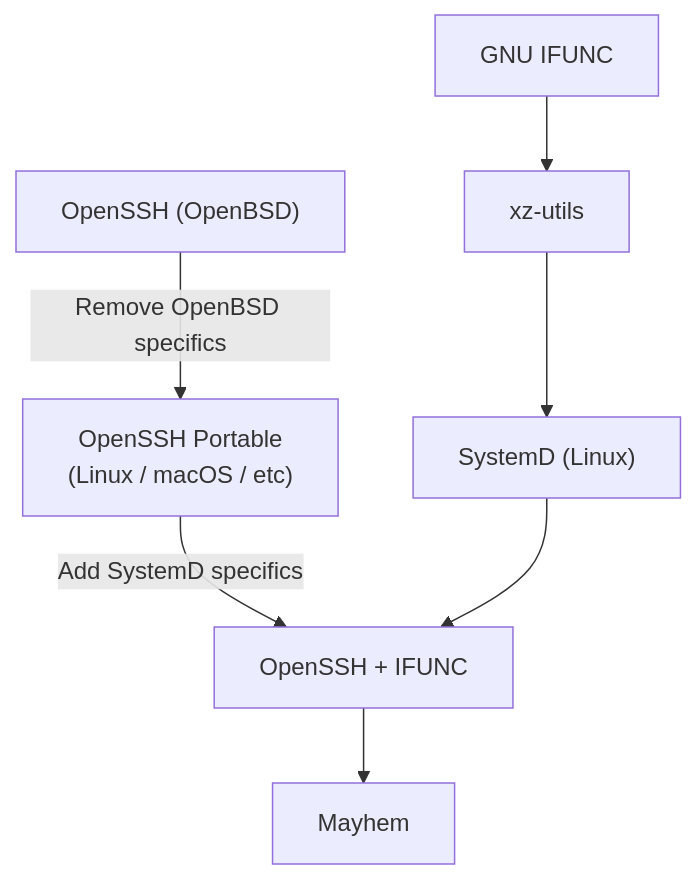
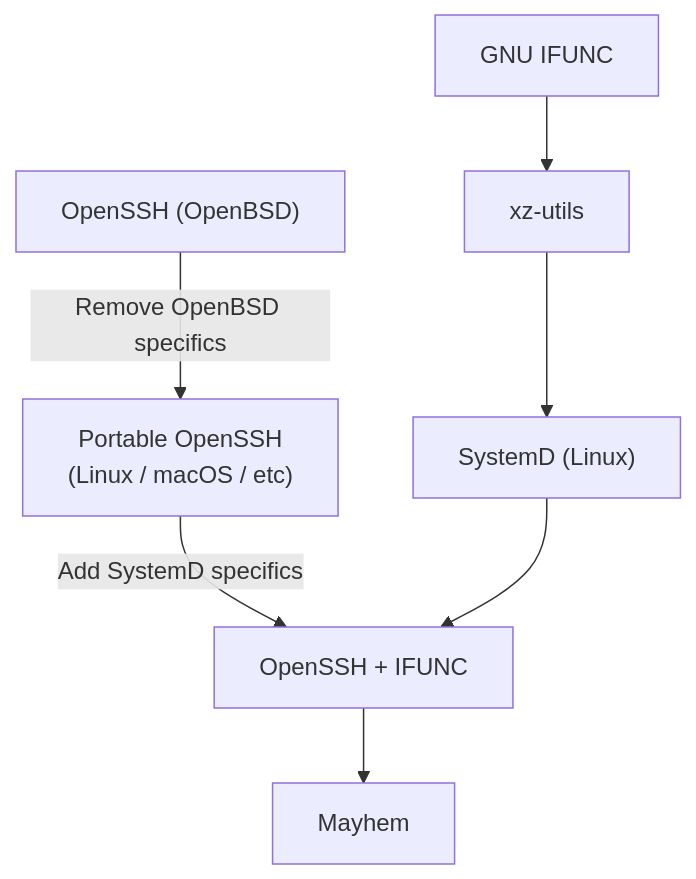
Before and after one commit to robertdfrench/ifuncd-up: the first of 3 diagrams in README.md, drawn with Mermaid. The commit also changed other lines of this file, not shown here.

````diff
--- a/README.md
+++ b/README.md
@@ -37,15 +37,15 @@
 ```mermaid
 flowchart TD
     G["GNU IFUNC"]
     A["OpenSSH (OpenBSD)"]
-    B["OpenSSH Portable<br/>(Linux / macOS / etc)"]
+    B["Portable OpenSSH<br/>(Linux / macOS / etc)"]
     C[OpenSSH + IFUNC]
     D[xz-utils]
     E["SystemD (Linux)"]
     A -->|Remove OpenBSD specifics| B
     B -->|Add SystemD specifics| C
     D --> E
     E --> C
     C --> F["Mayhem"]
     G --> D
 ```
````
